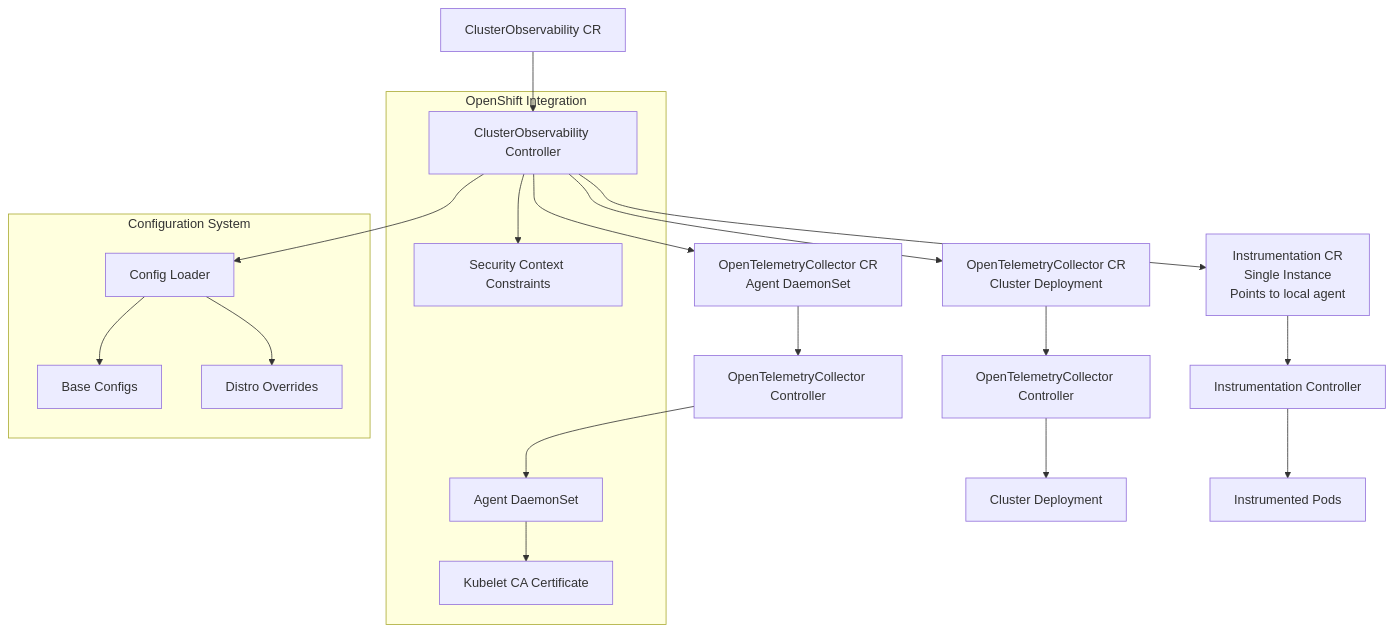
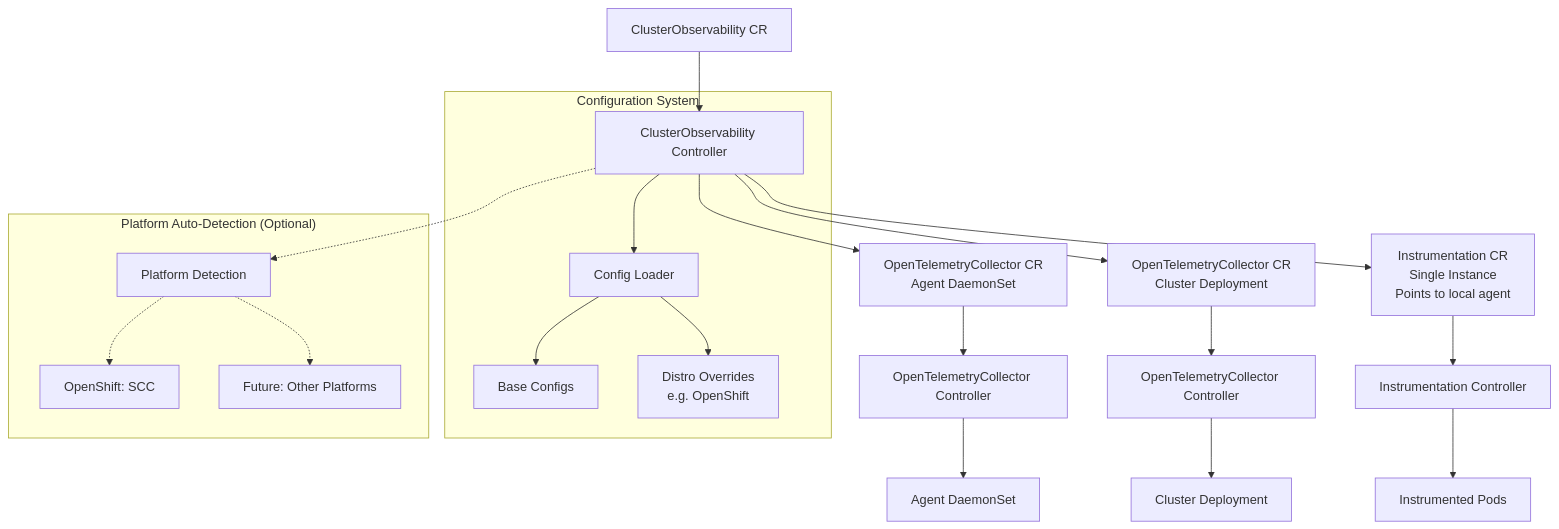
Before and after one commit to open-telemetry/opentelemetry-operator: the first of 2 diagrams in docs/cluster-observability.md, drawn with Mermaid. The commit also changed other lines of this file, not shown here.

Commit message:
[chore] clusterobs: clarify platform detection (#4668)

````diff
--- a/docs/cluster-observability.md
+++ b/docs/cluster-observability.md
@@ -38,27 +38,28 @@
 ```mermaid
 graph TB
     CO[ClusterObservability CR] --> Controller[ClusterObservability Controller]
     
     Controller --> OTLC1[OpenTelemetryCollector CR<br/>Agent DaemonSet]
     Controller --> OTLC2[OpenTelemetryCollector CR<br/>Cluster Deployment]  
     Controller --> INSTR[Instrumentation CR<br/>Single Instance<br/>Points to local agent]
     
     OTLC1 --> OTC1[OpenTelemetryCollector Controller]
     OTLC2 --> OTC2[OpenTelemetryCollector Controller]
     INSTR --> IC[Instrumentation Controller]
     
     OTC1 --> DS[Agent DaemonSet]
     OTC2 --> DEP[Cluster Deployment]
     IC --> POD[Instrumented Pods]
     
-    subgraph "OpenShift Integration"
-        Controller --> SCC[Security Context Constraints]
-        DS --> KubeletCA[Kubelet CA Certificate]
-    end
-    
     subgraph "Configuration System"
         Controller --> ConfigLoader[Config Loader]
         ConfigLoader --> BaseConfig[Base Configs]
-        ConfigLoader --> DistroConfig[Distro Overrides]
+        ConfigLoader --> DistroConfig[Distro Overrides<br/>e.g. OpenShift]
+    end
+    
+    subgraph "Platform Auto-Detection (Optional)"
+        Controller -.-> PlatformDetect[Platform Detection]
+        PlatformDetect -.-> SCC[OpenShift: SCC]
+        PlatformDetect -.-> Future[Future: Other Platforms]
     end
 ```
````
